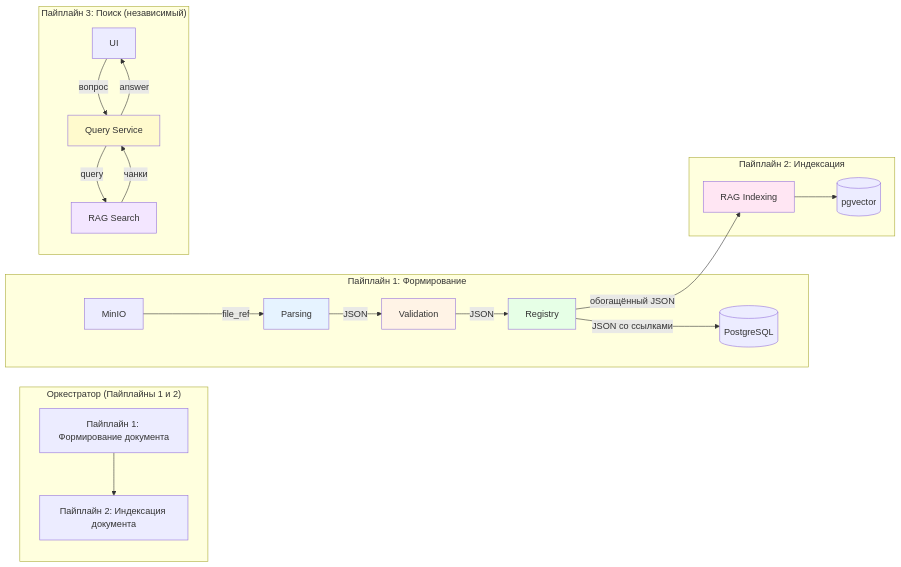
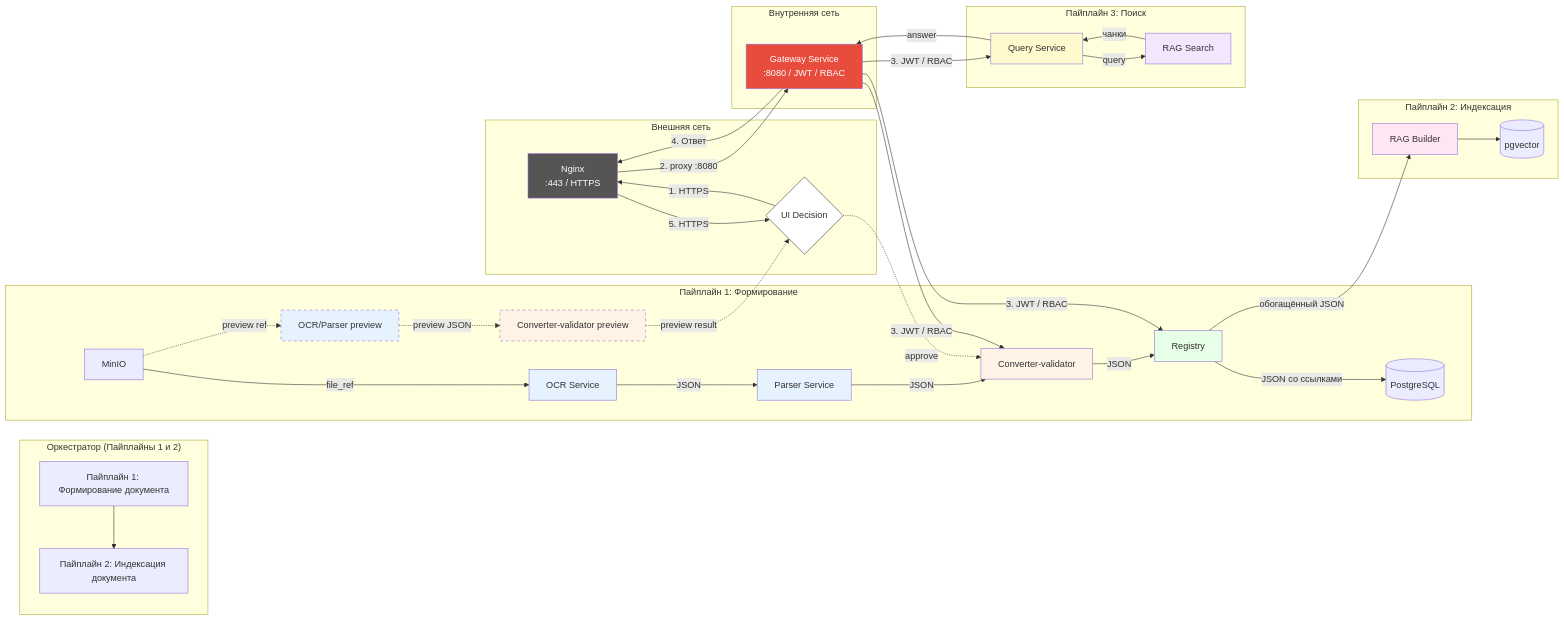
Before and after one commit to MasterKSAF/PKB: the first of 4 diagrams in backend/gateway_service/docs/overview.md, drawn with Mermaid. The commit also changed other lines of this file and 23 other files, not shown here.

````diff
--- a/backend/gateway_service/docs/overview.md
+++ b/backend/gateway_service/docs/overview.md
@@ -5,33 +7,64 @@
 ```mermaid
 graph LR
+    subgraph "Внешняя сеть"
+        Nginx[Nginx<br/>:443 / HTTPS]
+        UI[UI]
+    end
+
+    subgraph "Внутренняя сеть"
+        GW[Gateway Service<br/>:8080 / JWT / RBAC]
+    end
+
     subgraph "Оркестратор (Пайплайны 1 и 2)"
         direction TB
         P1[Пайплайн 1: Формирование документа] --> P2[Пайплайн 2: Индексация документа]
     end
 
     subgraph "Пайплайн 1: Формирование"
-        A[MinIO] -->|file_ref| B[Parsing]
-        B -->|JSON| C[Validation]
-        C -->|JSON| D[Registry]
-        D -->|JSON со ссылками| E[(PostgreSQL)]
+        A[MinIO] -->|file_ref| B[OCR Service]
+        B -->|JSON| C[Parser Service]
+        C -->|JSON| D[Converter-validator]
+        D -->|JSON| E[Registry]
+        E -->|JSON со ссылками| F[(PostgreSQL)]
+
+        A -.->|preview ref| PB[OCR/Parser preview]
+        PB -.->|preview JSON| PC[Converter-validator preview]
+        PC -.->|preview result| UI{UI Decision}
+        UI -.->|approve| D
     end
 
     subgraph "Пайплайн 2: Индексация"
-        D -->|обогащённый JSON| F[RAG Indexing]
-        F --> G[(pgvector)]
+        E -->|обогащённый JSON| G[RAG Builder]
+        G --> H[(pgvector)]
     end
 
-    subgraph "Пайплайн 3: Поиск (независимый)"
-        H[UI] -->|вопрос| I[Query Service]
-        I -->|query| J[RAG Search]
-        J -->|чанки| I
-        I -->|answer| H
+    subgraph "Пайплайн 3: Поиск"
+        J[Query Service]
+        K[RAG Search]
+        J -->|query| K
+        K -->|чанки| J
     end
 
+    %% Все запросы — через Nginx → Gateway
+    UI -->|1. HTTPS| Nginx
+    Nginx -->|2. proxy :8080| GW
+    GW -->|3. JWT / RBAC| J
+    GW -->|3. JWT / RBAC| D
+    GW -->|3. JWT / RBAC| E
+    J -->|answer| GW
+    GW -->|4. Ответ| Nginx
+    Nginx -->|5. HTTPS| UI
+
+    style Nginx fill:#555,color:#fff
+    style GW fill:#e74c3c,color:#fff
     style B fill:#e6f3ff
-    style C fill:#fff3e6
-    style D fill:#e6ffe6
-    style F fill:#ffe6f3
-    style I fill:#fffacd
-    style J fill:#f3e6ff
+    style C fill:#e6f3ff
+    style D fill:#fff3e6
+    style E fill:#e6ffe6
+    style G fill:#ffe6f3
+    style J fill:#fffacd
+    style K fill:#f3e6ff
+    style PB fill:#e6f3ff,stroke-dasharray: 5 5
+    style PC fill:#fff3e6,stroke-dasharray: 5 5
+    style UI fill:#fff,stroke:#333
 ```
````
